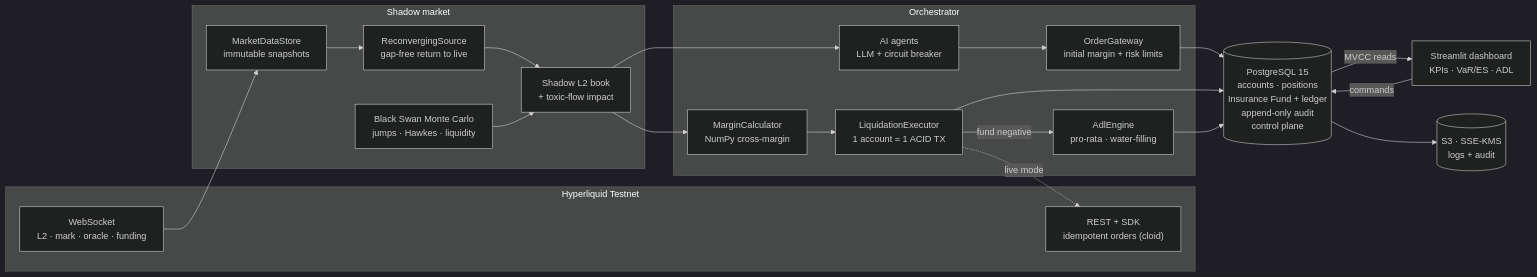
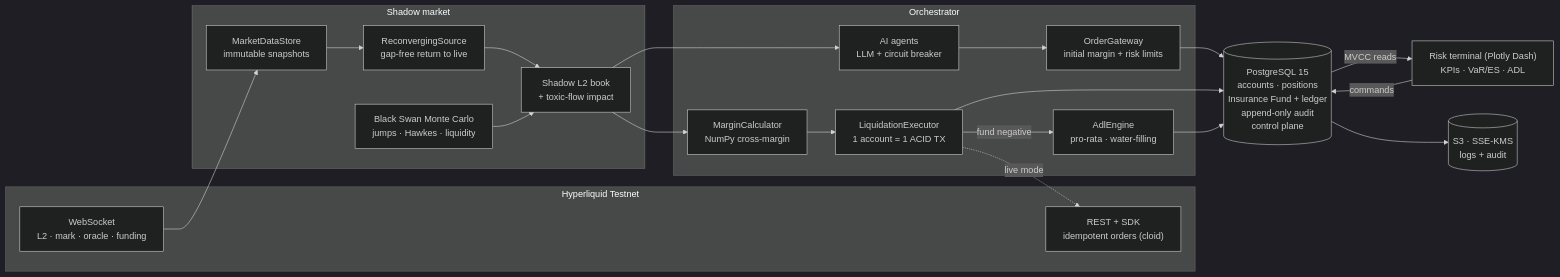
Before and after one commit to Carlossmartins1/ai_quant_risk_engine: the first of 2 diagrams in README.md, drawn with Mermaid (dark theme). The commit also changed other lines of this file, not shown here.

First line of the commit message:
Update README for the Plotly Dash risk terminal

````diff
--- a/README.md
+++ b/README.md
@@ -30,36 +30,36 @@
 ```mermaid
 flowchart LR
     subgraph EXT["Hyperliquid Testnet"]
         WS["WebSocket<br/>L2 · mark · oracle · funding"]
         REST["REST + SDK<br/>idempotent orders (cloid)"]
     end
 
     subgraph MKT["Shadow market"]
         STORE["MarketDataStore<br/>immutable snapshots"]
         MC["Black Swan Monte Carlo<br/>jumps · Hawkes · liquidity"]
         RECON["ReconvergingSource<br/>gap-free return to live"]
         SHADOW["Shadow L2 book<br/>+ toxic-flow impact"]
     end
 
     subgraph ORCH["Orchestrator"]
         AG["AI agents<br/>LLM + circuit breaker"]
         GW["OrderGateway<br/>initial margin + risk limits"]
         RISK["MarginCalculator<br/>NumPy cross-margin"]
         LIQ["LiquidationExecutor<br/>1 account = 1 ACID TX"]
         ADL["AdlEngine<br/>pro-rata · water-filling"]
     end
 
     DB[("PostgreSQL 15<br/>accounts · positions<br/>Insurance Fund + ledger<br/>append-only audit<br/>control plane")]
-    DASH["Streamlit dashboard<br/>KPIs · VaR/ES · ADL"]
+    DASH["Risk terminal (Plotly Dash)<br/>KPIs · VaR/ES · ADL"]
     S3[("S3 · SSE-KMS<br/>logs + audit")]
 
     WS --> STORE --> RECON --> SHADOW
     MC --> SHADOW
     SHADOW --> AG --> GW --> DB
     SHADOW --> RISK --> LIQ --> DB
     LIQ -- "fund negative" --> ADL --> DB
     LIQ -. "live mode" .-> REST
     DB -- "MVCC reads" --> DASH
     DASH -- "commands" --> DB
     DB --> S3
 ```
````
